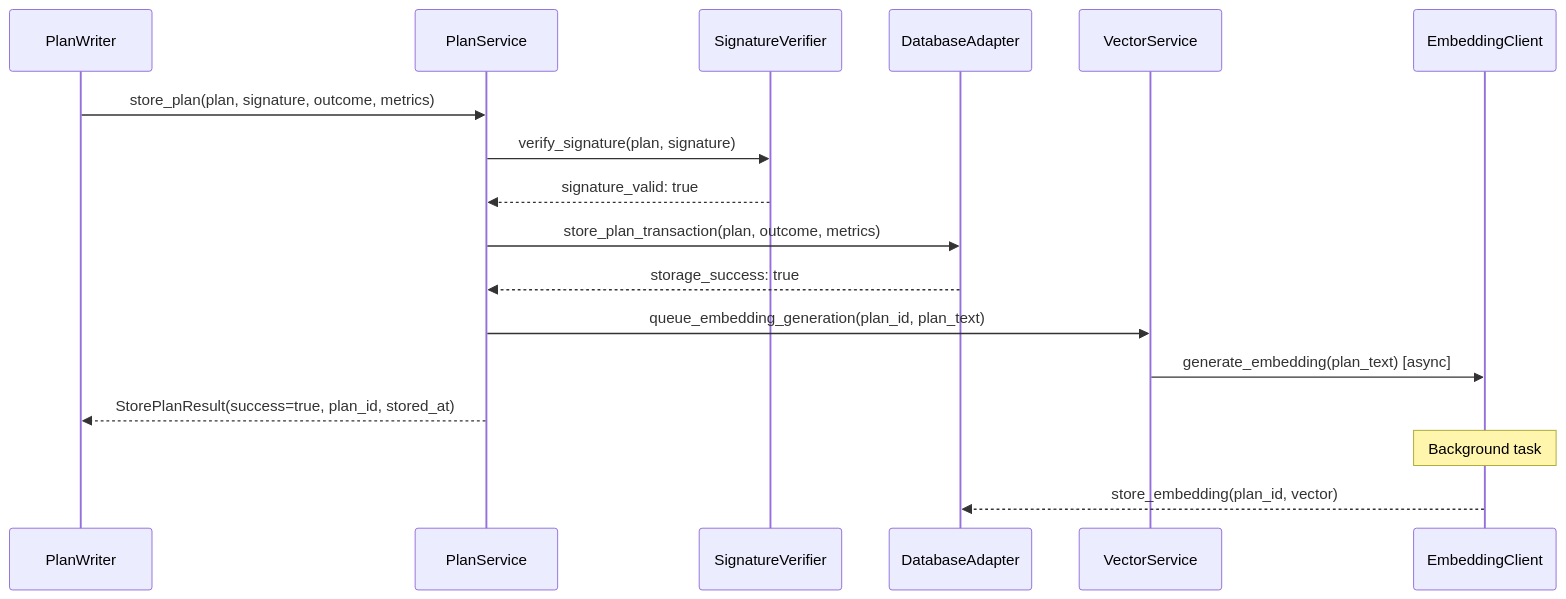
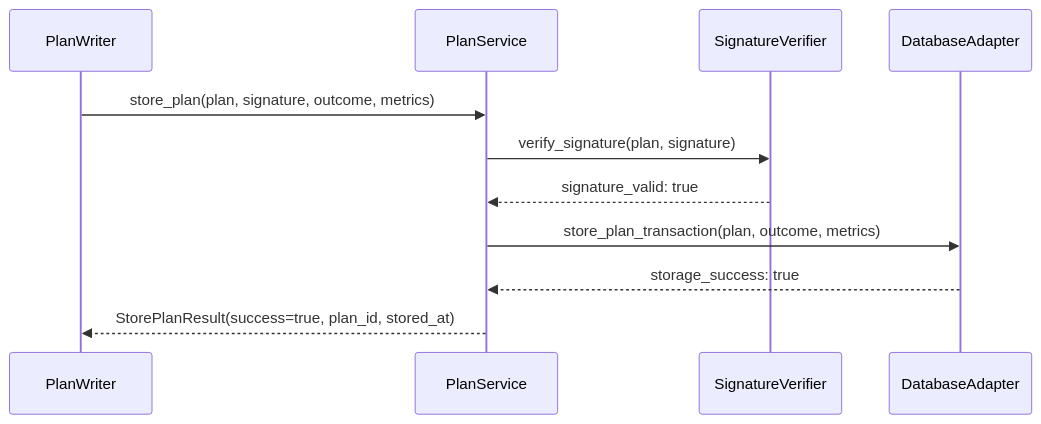
One commit to AnantshreeChandola/Aexor changed the first of 2 diagrams in components/PlanLibrary/LLD.md. Above: the diagram before and after it, drawn with Mermaid. The commit also changed other lines of this file and 38 other files, not shown here.

````diff
--- a/components/PlanLibrary/LLD.md
+++ b/components/PlanLibrary/LLD.md
@@ -301,21 +229,14 @@
 ```mermaid
 sequenceDiagram
     participant PW as PlanWriter
     participant PS as PlanService
     participant SV as SignatureVerifier
     participant DA as DatabaseAdapter
-    participant VS as VectorService
-    participant EC as EmbeddingClient
-    
+
     PW->>PS: store_plan(plan, signature, outcome, metrics)
     PS->>SV: verify_signature(plan, signature)
     SV-->>PS: signature_valid: true
     PS->>DA: store_plan_transaction(plan, outcome, metrics)
     DA-->>PS: storage_success: true
-    PS->>VS: queue_embedding_generation(plan_id, plan_text)
-    VS->>EC: generate_embedding(plan_text) [async]
     PS-->>PW: StorePlanResult(success=true, plan_id, stored_at)
-    
-    Note over EC: Background task
-    EC-->>DA: store_embedding(plan_id, vector)
 ```
````
